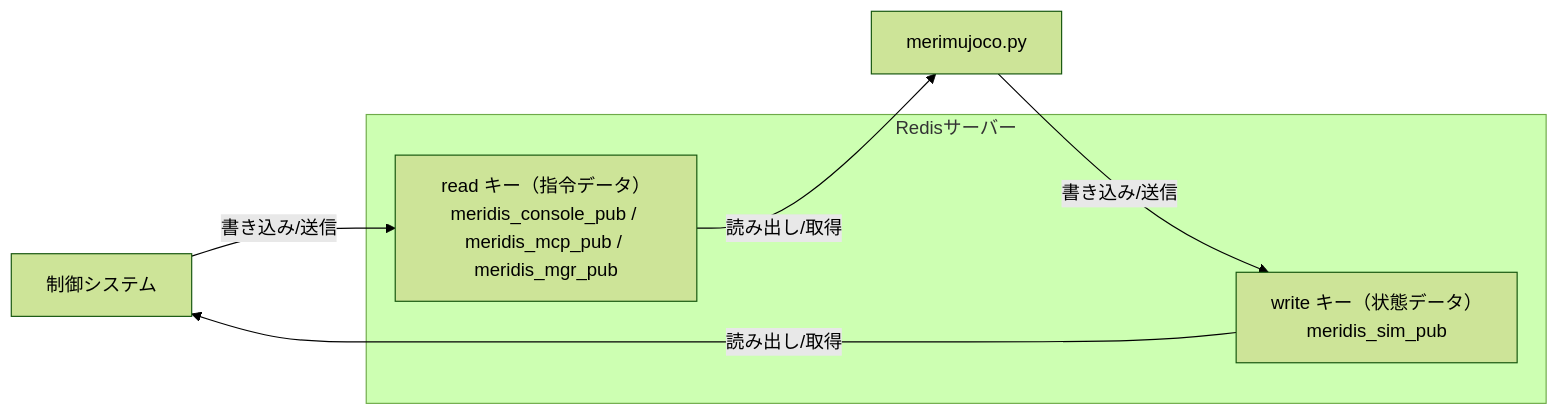
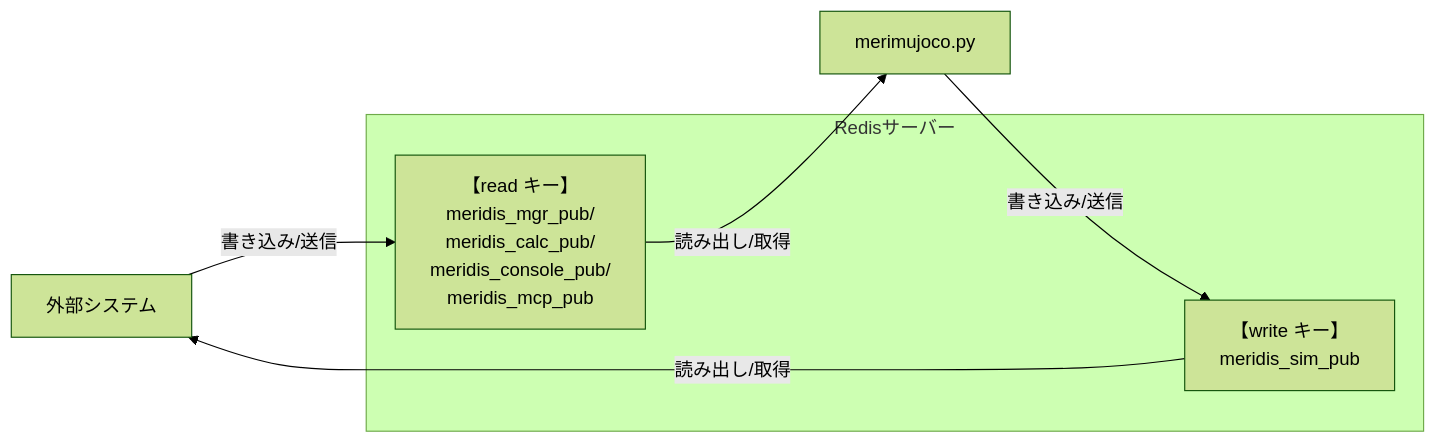
Before and after one commit to holypong/merimujoco: the diagram in README.md, drawn with Mermaid (forest theme). The commit also changed other lines of this file, not shown here.

````diff
--- a/README.md
+++ b/README.md
@@ -252,13 +303,13 @@
 ```mermaid
 flowchart LR
-  Controller[制御システム]
+  Controller[外部システム]
   Simulation[merimujoco.py]
   subgraph Redisサーバー
-    ReadKey["read キー（指令データ）<br/>meridis_console_pub / meridis_mcp_pub / meridis_mgr_pub"]
-    WriteKey["write キー（状態データ）<br/>meridis_sim_pub"]
+    ReadKey["【read キー】<br/>meridis_mgr_pub/<br>meridis_calc_pub/<br>meridis_console_pub/<br> meridis_mcp_pub"]
+    WriteKey["【write キー】<br/>meridis_sim_pub"]
   end
   Controller -- 書き込み/送信 --> ReadKey
   ReadKey -- 読み出し/取得 --> Simulation
   Simulation -- 書き込み/送信 --> WriteKey
   WriteKey -- 読み出し/取得 --> Controller
 ```
````
